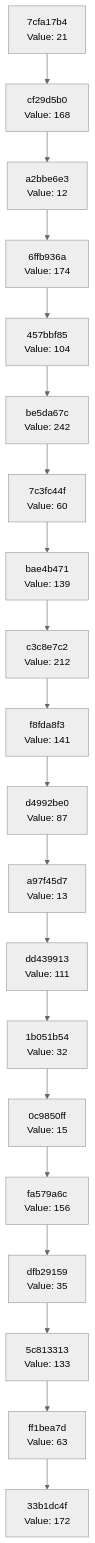
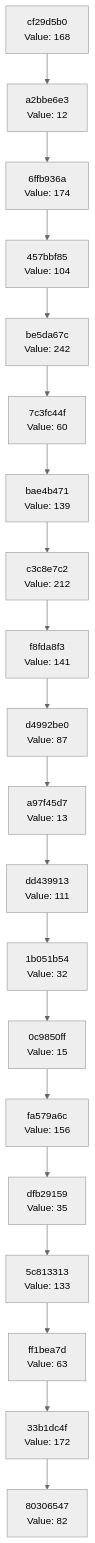
The diagram in docs/CHAIN_VISUALIZATION.md (Abhisheksinha1506/hash-chain-evolver), drawn with Mermaid (neutral theme) before and after one commit. The commit also changed 2 other files, not shown here.

Commit message:
Evolution step: hash 0x52 → action executed

````diff
--- a/docs/CHAIN_VISUALIZATION.md
+++ b/docs/CHAIN_VISUALIZATION.md
@@ -3,42 +3,42 @@
 ```mermaid
 graph TD
-    C0["33b1dc4f<br/>Value: 172"]
-    C1["ff1bea7d<br/>Value: 63"]
+    C0["80306547<br/>Value: 82"]
+    C1["33b1dc4f<br/>Value: 172"]
     C1 --> C0
-    C2["5c813313<br/>Value: 133"]
+    C2["ff1bea7d<br/>Value: 63"]
     C2 --> C1
-    C3["dfb29159<br/>Value: 35"]
+    C3["5c813313<br/>Value: 133"]
     C3 --> C2
-    C4["fa579a6c<br/>Value: 156"]
+    C4["dfb29159<br/>Value: 35"]
     C4 --> C3
-    C5["0c9850ff<br/>Value: 15"]
+    C5["fa579a6c<br/>Value: 156"]
     C5 --> C4
-    C6["1b051b54<br/>Value: 32"]
+    C6["0c9850ff<br/>Value: 15"]
     C6 --> C5
-    C7["dd439913<br/>Value: 111"]
+    C7["1b051b54<br/>Value: 32"]
     C7 --> C6
-    C8["a97f45d7<br/>Value: 13"]
+    C8["dd439913<br/>Value: 111"]
     C8 --> C7
-    C9["d4992be0<br/>Value: 87"]
+    C9["a97f45d7<br/>Value: 13"]
     C9 --> C8
-    C10["f8fda8f3<br/>Value: 141"]
+    C10["d4992be0<br/>Value: 87"]
     C10 --> C9
-    C11["c3c8e7c2<br/>Value: 212"]
+    C11["f8fda8f3<br/>Value: 141"]
     C11 --> C10
-    C12["bae4b471<br/>Value: 139"]
+    C12["c3c8e7c2<br/>Value: 212"]
     C12 --> C11
-    C13["7c3fc44f<br/>Value: 60"]
+    C13["bae4b471<br/>Value: 139"]
     C13 --> C12
-    C14["be5da67c<br/>Value: 242"]
+    C14["7c3fc44f<br/>Value: 60"]
     C14 --> C13
-    C15["457bbf85<br/>Value: 104"]
+    C15["be5da67c<br/>Value: 242"]
     C15 --> C14
-    C16["6ffb936a<br/>Value: 174"]
+    C16["457bbf85<br/>Value: 104"]
     C16 --> C15
-    C17["a2bbe6e3<br/>Value: 12"]
+    C17["6ffb936a<br/>Value: 174"]
     C17 --> C16
-    C18["cf29d5b0<br/>Value: 168"]
+    C18["a2bbe6e3<br/>Value: 12"]
     C18 --> C17
-    C19["7cfa17b4<br/>Value: 21"]
+    C19["cf29d5b0<br/>Value: 168"]
     C19 --> C18
 ```
````
